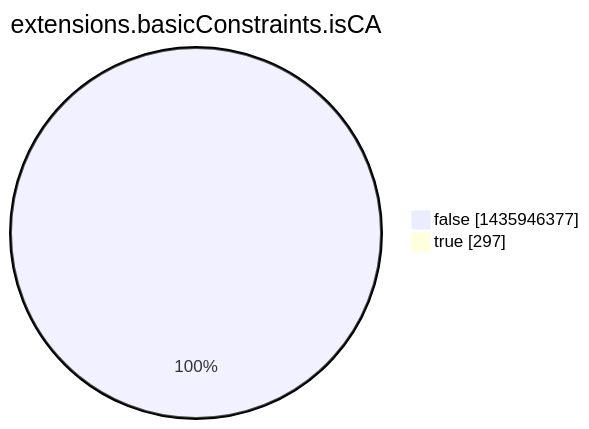
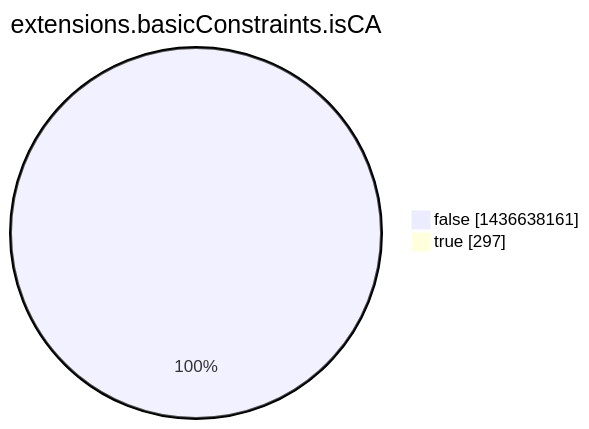
One commit to christiankrug/ctmonitor_visualization changed the eighth of 15 diagrams in argon2022/README.md. Above: the diagram before and after it, drawn with Mermaid. The commit also changed other lines of this file, not shown here.

````diff
--- a/argon2022/README.md
+++ b/argon2022/README.md
@@ -2760,6 +2760,6 @@
 ```mermaid
 pie showData
 title extensions.basicConstraints.isCA
-"false" :1435946377
+"false" :1436638161
 "true" :297
 ```
````
